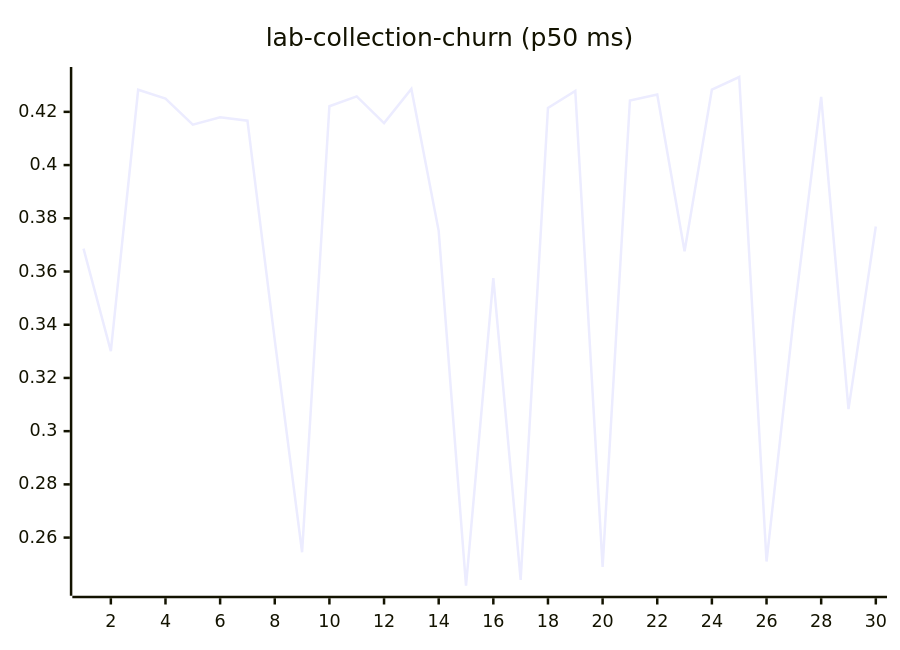
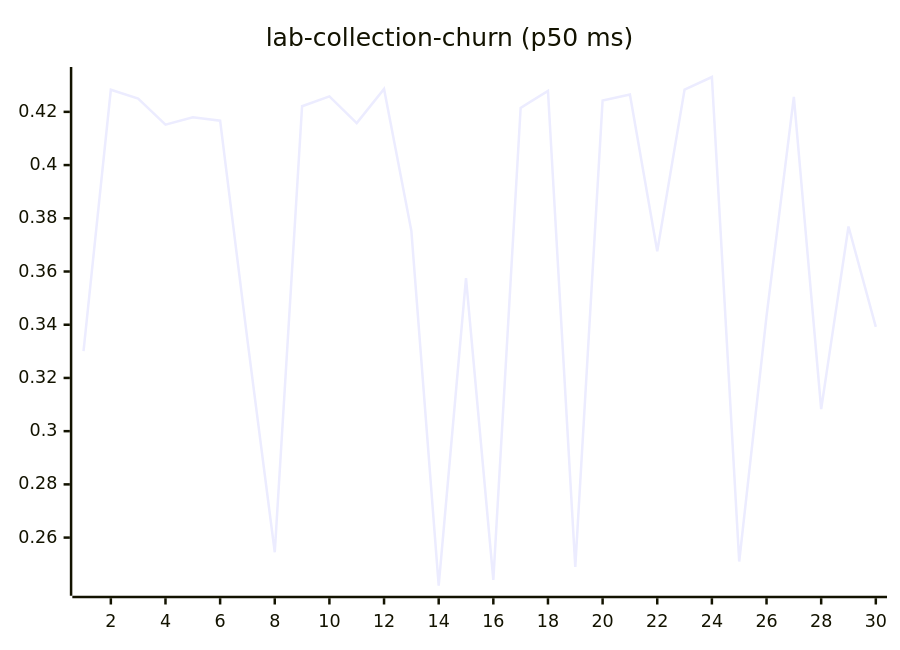
Diagram 11 of 27 in README.md (josha/Facet), drawn with Mermaid before and after one commit. The commit also changed other lines of this file and 2 other files, not shown here.

````diff
--- a/README.md
+++ b/README.md
@@ -133,6 +133,6 @@
 ```mermaid
 xychart-beta
     title "lab-collection-churn (p50 ms)"
     x-axis 1 --> 30
-    line [0.3686, 0.3301, 0.4283, 0.4250, 0.4152, 0.4180, 0.4167, 0.3342, 0.2545, 0.4221, 0.4258, 0.4158, 0.4286, 0.3753, 0.2419, 0.3575, 0.2441, 0.4215, 0.4279, 0.2490, 0.4243, 0.4265, 0.3676, 0.4284, 0.4331, 0.2510, 0.3432, 0.4256, 0.3083, 0.3769]
+    line [0.3301, 0.4283, 0.4250, 0.4152, 0.4180, 0.4167, 0.3342, 0.2545, 0.4221, 0.4258, 0.4158, 0.4286, 0.3753, 0.2419, 0.3575, 0.2441, 0.4215, 0.4279, 0.2490, 0.4243, 0.4265, 0.3676, 0.4284, 0.4331, 0.2510, 0.3432, 0.4256, 0.3083, 0.3769, 0.3392]
 ```
````
